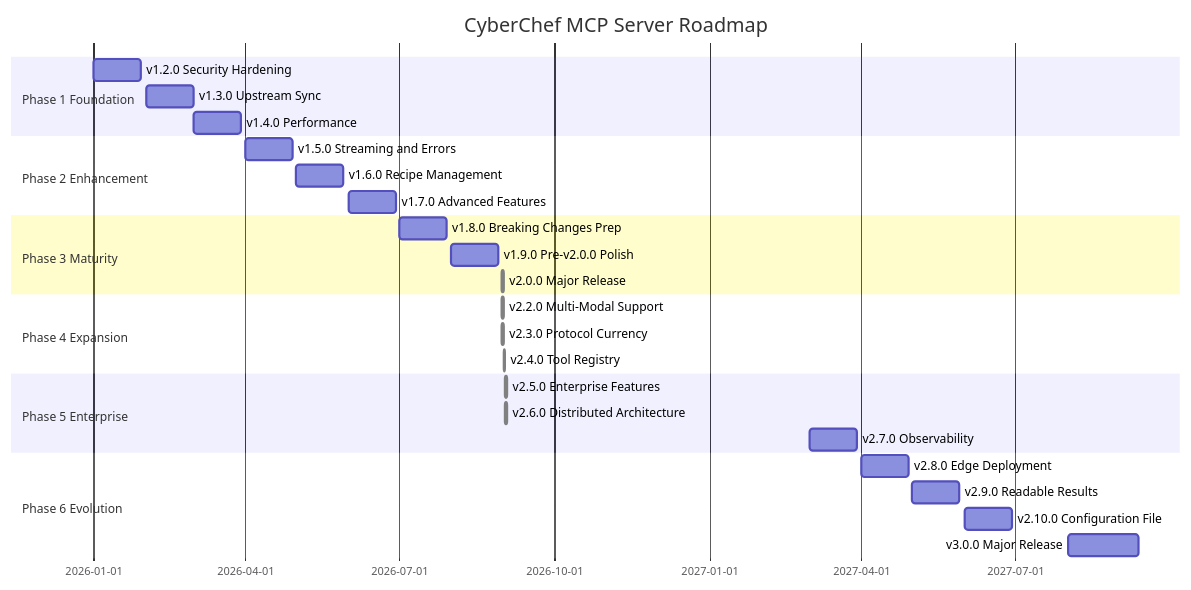
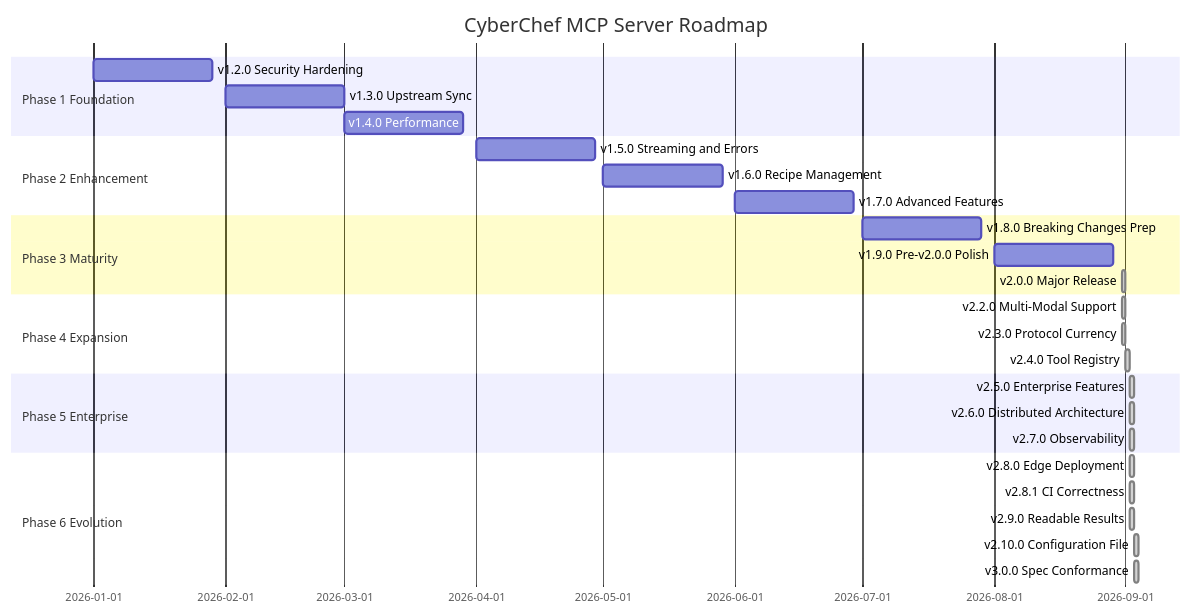
The diagram in docs/planning/ROADMAP.md (doublegate/CyberChef-MCP), drawn with Mermaid before and after one commit. The commit also changed other lines of this file and 28 other files, not shown here.

````diff
--- a/docs/planning/ROADMAP.md
+++ b/docs/planning/ROADMAP.md
@@ -55,30 +67,31 @@
 ```mermaid
 gantt
     title CyberChef MCP Server Roadmap
     dateFormat YYYY-MM-DD
     section Phase 1 Foundation
     v1.2.0 Security Hardening           :2026-01-01, 4w
     v1.3.0 Upstream Sync                :2026-02-01, 4w
     v1.4.0 Performance                  :2026-03-01, 4w
     section Phase 2 Enhancement
     v1.5.0 Streaming and Errors         :2026-04-01, 4w
     v1.6.0 Recipe Management            :2026-05-01, 4w
     v1.7.0 Advanced Features            :2026-06-01, 4w
     section Phase 3 Maturity
     v1.8.0 Breaking Changes Prep        :2026-07-01, 4w
     v1.9.0 Pre-v2.0.0 Polish            :2026-08-01, 4w
     v2.0.0 Major Release                :done, 2026-08-31, 1d
     section Phase 4 Expansion
     v2.2.0 Multi-Modal Support          :done, 2026-08-31, 1d
     v2.3.0 Protocol Currency            :done, 2026-08-31, 1d
     v2.4.0 Tool Registry                :done, 2026-09-01, 1d
     section Phase 5 Enterprise
     v2.5.0 Enterprise Features          :done, 2026-09-02, 1d
     v2.6.0 Distributed Architecture     :done, 2026-09-02, 1d
-    v2.7.0 Observability                :2027-03-01, 4w
+    v2.7.0 Observability                :done, 2026-09-02, 1d
     section Phase 6 Evolution
-    v2.8.0 Edge Deployment              :2027-04-01, 4w
-    v2.9.0 Readable Results             :2027-05-01, 4w
-    v2.10.0 Configuration File          :2027-06-01, 4w
-    v3.0.0 Major Release                :2027-08-01, 6w
+    v2.8.0 Edge Deployment              :done, 2026-09-02, 1d
+    v2.8.1 CI Correctness               :done, 2026-09-02, 1d
+    v2.9.0 Readable Results             :done, 2026-09-02, 1d
+    v2.10.0 Configuration File          :done, 2026-09-03, 1d
+    v3.0.0 Spec Conformance             :done, 2026-09-03, 1d
 ```
````
